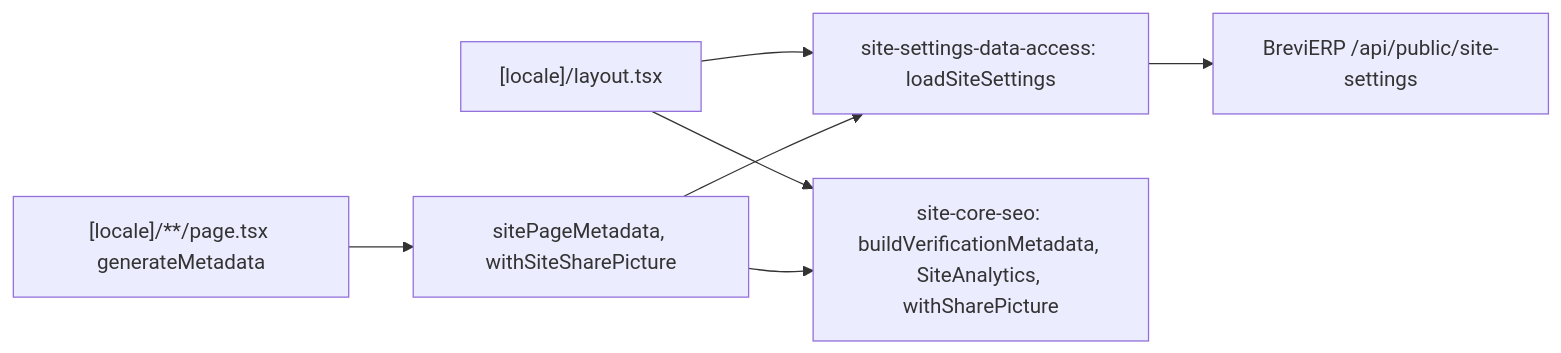
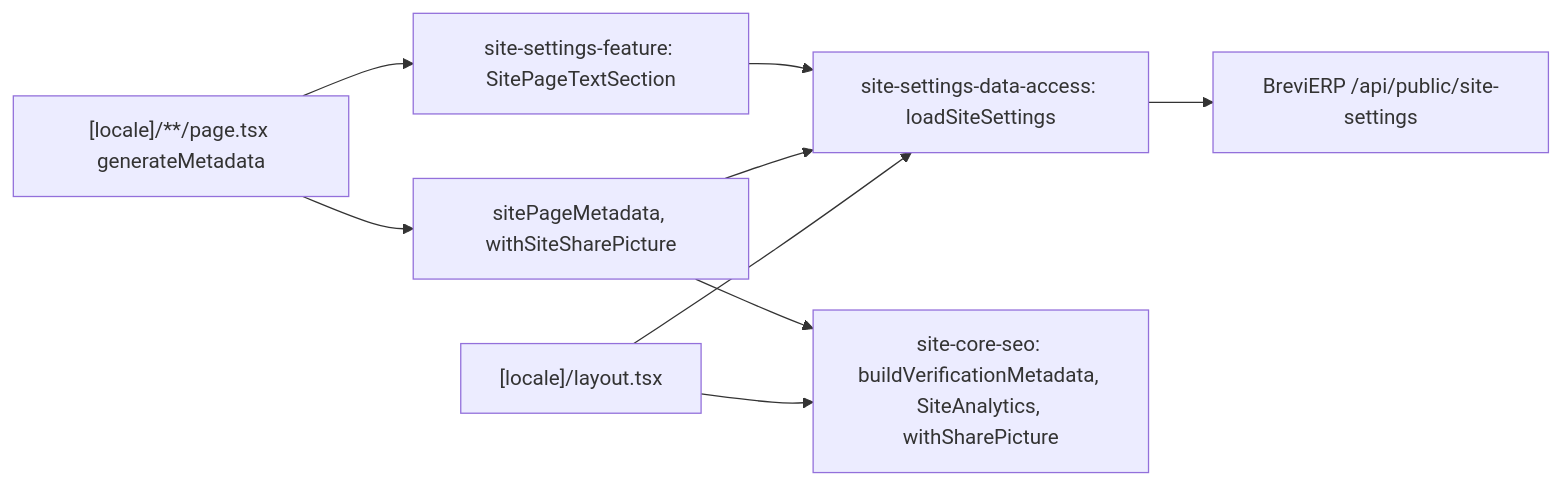
The diagram in docs/features/site/seo-settings.md (Weretik/brevi-web), drawn with Mermaid before and after one commit. The commit also changed other lines of this file and 61 other files, not shown here.

First line of the commit message:
Edit page main texts and FAQ in «Сторінки сайту» and show them on the site (CNT-010)

````diff
--- a/docs/features/site/seo-settings.md
+++ b/docs/features/site/seo-settings.md
@@ -17,9 +18,11 @@
 ```mermaid
 flowchart LR
   Layout["[locale]/layout.tsx"] --> Data["site-settings-data-access: loadSiteSettings"]
   Pages["[locale]/**/page.tsx generateMetadata"] --> Share["sitePageMetadata, withSiteSharePicture"]
   Share --> Data
+  Pages --> Text["site-settings-feature: SitePageTextSection"]
+  Text --> Data
   Layout --> Seo["site-core-seo: buildVerificationMetadata, SiteAnalytics, withSharePicture"]
   Share --> Seo
   Data --> Api["BreviERP /api/public/site-settings"]
 ```
````
